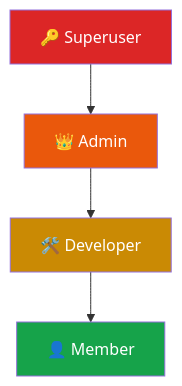
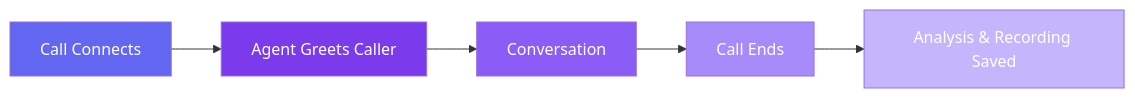
The second of 2 diagrams in getting-started/core-concepts.mdx (manashk/mintlify-docs), drawn with Mermaid before and after one commit. The commit also changed other lines of this file and 11 other files, not shown here.

````diff
--- a/getting-started/core-concepts.mdx
+++ b/getting-started/core-concepts.mdx
@@ -124,11 +55,13 @@
 ```mermaid
-graph TD
-    A["🔑 Superuser"] --> B["👑 Admin"]
-    B --> C["🛠️ Developer"]
-    C --> D["👤 Member"]
-
-    style A fill:#DC2626,color:#fff
-    style B fill:#EA580C,color:#fff
-    style C fill:#CA8A04,color:#fff
-    style D fill:#16A34A,color:#fff
+flowchart LR
+    A["Call Connects"] --> B["Agent Greets Caller"]
+    B --> C["Conversation"]
+    C --> D["Call Ends"]
+    D --> E["Analysis & Recording Saved"]
+    
+    style A fill:#6366F1,color:#fff
+    style B fill:#7C3AED,color:#fff
+    style C fill:#8B5CF6,color:#fff
+    style D fill:#A78BFA,color:#fff
+    style E fill:#C4B5FD,color:#fff
 ```
````
